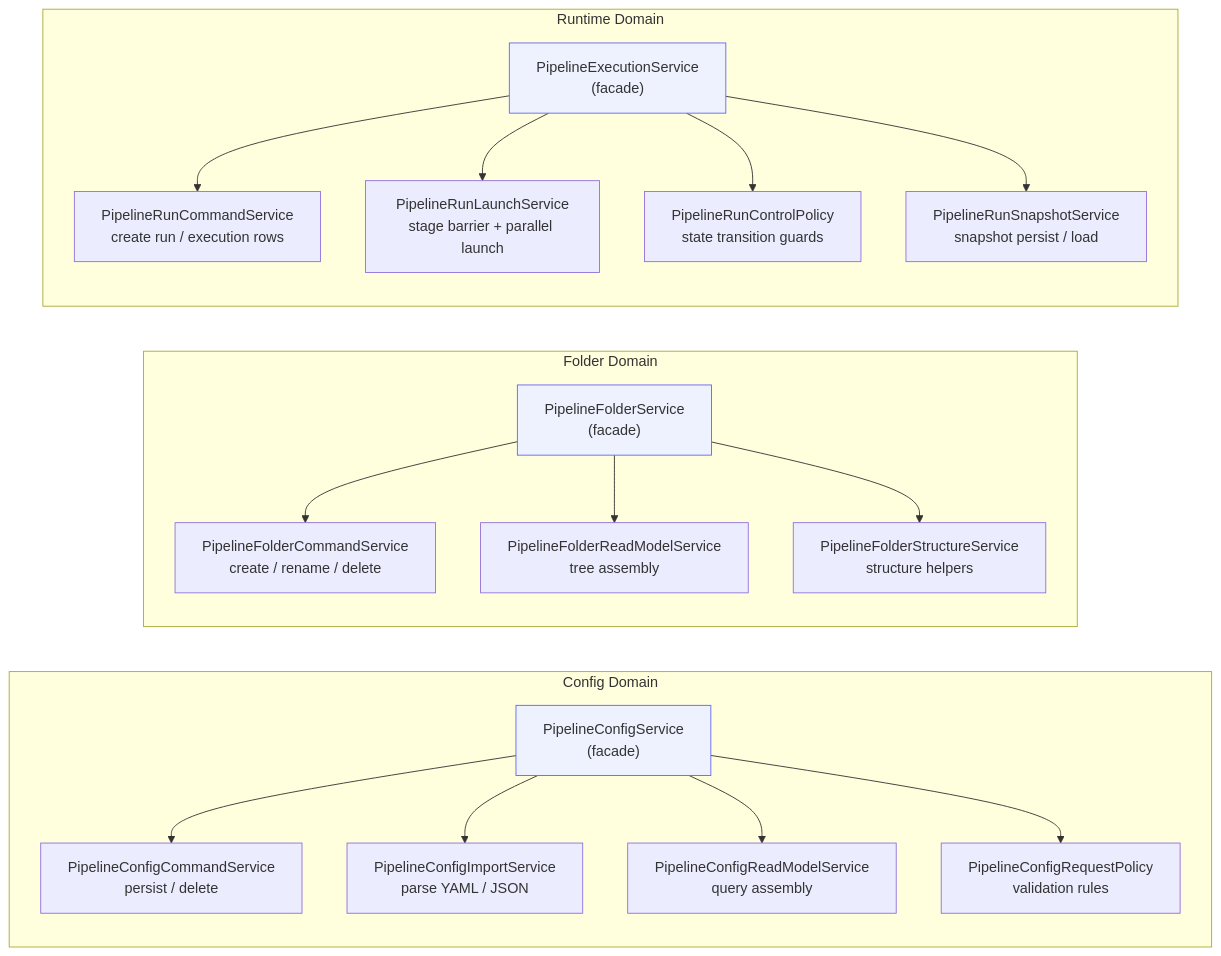
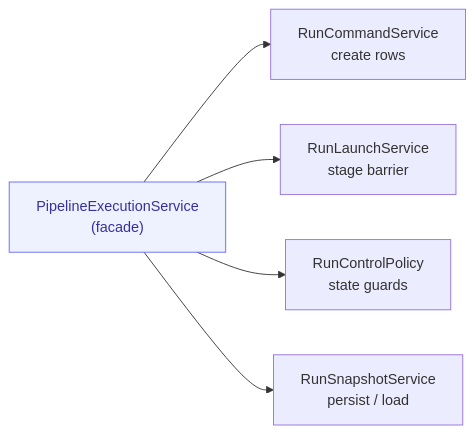
One commit to tibame201020/IrisPipe changed the second of 8 diagrams in quarto/architecture.qmd. Above: the diagram before and after it, drawn with Mermaid. The commit also changed other lines of this file and 1 other file, not shown here.

Commit message:
docs: simplify Mermaid diagrams - reduce node text density for readability

````diff
--- a/quarto/architecture.qmd
+++ b/quarto/architecture.qmd
@@ -110,29 +111,11 @@
 ```{mermaid}
-graph LR
-  subgraph "Config Domain"
-    CS["PipelineConfigService\n(facade)"]
-    CS --> CC["PipelineConfigCommandService\npersist / delete"]
-    CS --> CI["PipelineConfigImportService\nparse YAML / JSON"]
-    CS --> CR["PipelineConfigReadModelService\nquery assembly"]
-    CS --> CP["PipelineConfigRequestPolicy\nvalidation rules"]
-  end
+flowchart LR
+  ES["PipelineExecutionService\n(facade)"]:::facade
 
-  subgraph "Folder Domain"
-    FS["PipelineFolderService\n(facade)"]
-    FS --> FC["PipelineFolderCommandService\ncreate / rename / delete"]
-    FS --> FR["PipelineFolderReadModelService\ntree assembly"]
-    FS --> FST["PipelineFolderStructureService\nstructure helpers"]
-  end
+  ES --> RC["RunCommandService\ncreate rows"]
+  ES --> RL["RunLaunchService\nstage barrier"]
+  ES --> RCT["RunControlPolicy\nstate guards"]
+  ES --> RS["RunSnapshotService\npersist / load"]
 
-  subgraph "Runtime Domain"
-    ES["PipelineExecutionService\n(facade)"]
-    ES --> RC["PipelineRunCommandService\ncreate run / execution rows"]
-    ES --> RL["PipelineRunLaunchService\nstage barrier + parallel launch"]
-    ES --> RCT["PipelineRunControlPolicy\nstate transition guards"]
-    ES --> RS["PipelineRunSnapshotService\nsnapshot persist / load"]
-  end
-
-  style CS fill:#eef2ff,stroke:#6366f1
-  style FS fill:#eef2ff,stroke:#6366f1
-  style ES fill:#eef2ff,stroke:#6366f1
+  classDef facade fill:#eef2ff,stroke:#6366f1,color:#3730a3
 ```
````
